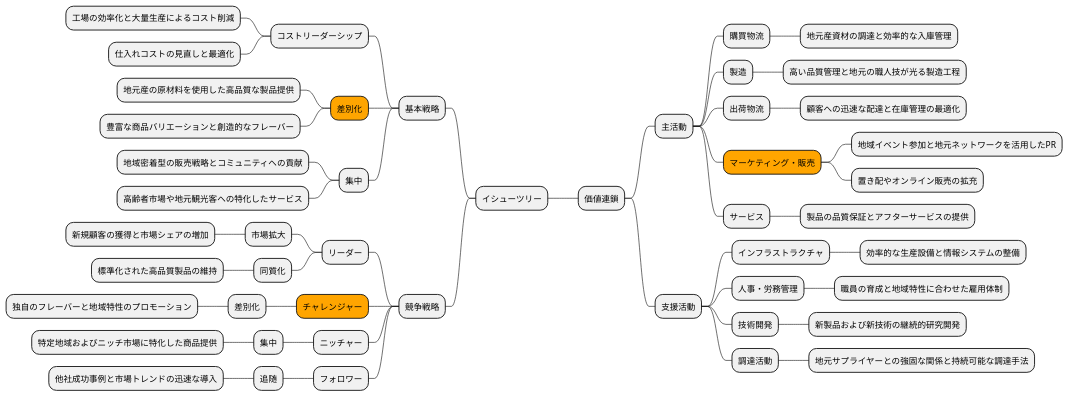
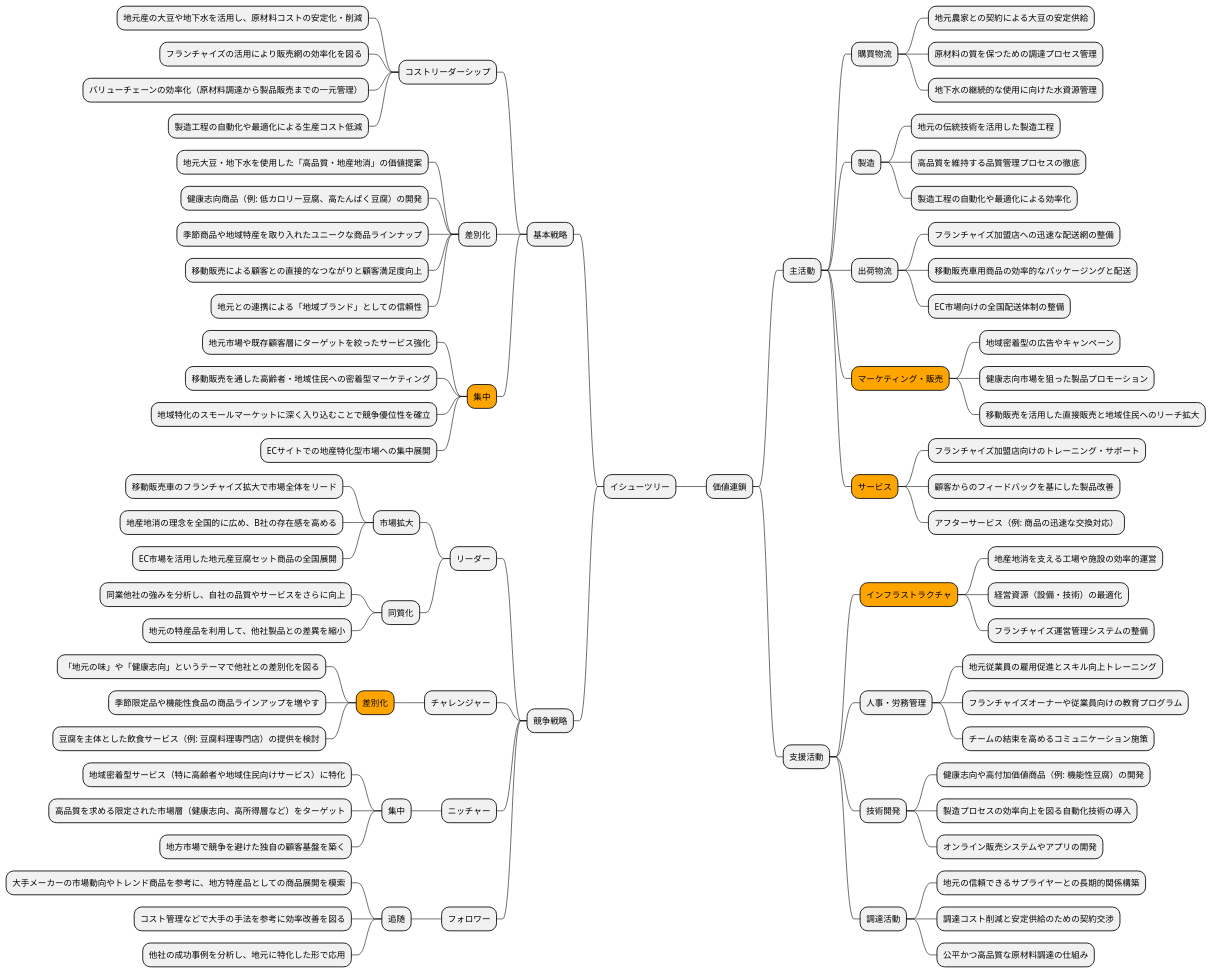
One commit to k2works/case-study-business-analysis changed diagram 11 of 19 in docs/case/r03_case_2.adoc. Above: the diagram before and after it, drawn with PlantUML. The commit also changed other lines of this file, not shown here.

```diff
--- a/docs/case/r03_case_2.adoc
+++ b/docs/case/r03_case_2.adoc
@@ -431,52 +441,85 @@
 left side
 ** 基本戦略
 *** コストリーダーシップ
-**** 工場の効率化と大量生産によるコスト削減
-**** 仕入れコストの見直しと最適化
-***[#orange] 差別化
-**** 地元産の原材料を使用した高品質な製品提供
-**** 豊富な商品バリエーションと創造的なフレーバー
-*** 集中
-**** 地域密着型の販売戦略とコミュニティへの貢献
-**** 高齢者市場や地元観光客への特化したサービス
+**** 地元産の大豆や地下水を活用し、原材料コストの安定化・削減
+**** フランチャイズの活用により販売網の効率化を図る
+**** バリューチェーンの効率化（原材料調達から製品販売までの一元管理）
+**** 製造工程の自動化や最適化による生産コスト低減
+*** 差別化
+**** 地元大豆・地下水を使用した「高品質・地産地消」の価値提案
+**** 健康志向商品（例: 低カロリー豆腐、高たんぱく豆腐）の開発
+**** 季節商品や地域特産を取り入れたユニークな商品ラインナップ
+**** 移動販売による顧客との直接的なつながりと顧客満足度向上
+**** 地元との連携による「地域ブランド」としての信頼性
+***[#orange] 集中
+**** 地元市場や既存顧客層にターゲットを絞ったサービス強化
+**** 移動販売を通した高齢者・地域住民への密着型マーケティング
+**** 地域特化のスモールマーケットに深く入り込むことで競争優位性を確立
+**** ECサイトでの地産特化型市場への集中展開
 ** 競争戦略
 *** リーダー
 **** 市場拡大
-***** 新規顧客の獲得と市場シェアの増加
+***** 移動販売車のフランチャイズ拡大で市場全体をリード
+***** 地産地消の理念を全国的に広め、B社の存在感を高める
+***** EC市場を活用した地元産豆腐セット商品の全国展開
 **** 同質化
-***** 標準化された高品質製品の維持
-***[#orange] チャレンジャー
-**** 差別化
-***** 独自のフレーバーと地域特性のプロモーション
+***** 同業他社の強みを分析し、自社の品質やサービスをさらに向上
+***** 地元の特産品を利用して、他社製品との差異を縮小
+*** チャレンジャー
+****[#orange] 差別化
+***** 「地元の味」や「健康志向」というテーマで他社との差別化を図る
+***** 季節限定品や機能性食品の商品ラインアップを増やす
+***** 豆腐を主体とした飲食サービス（例: 豆腐料理専門店）の提供を検討
 *** ニッチャー
 **** 集中
-***** 特定地域およびニッチ市場に特化した商品提供
+***** 地域密着型サービス（特に高齢者や地域住民向けサービス）に特化
+***** 高品質を求める限定された市場層（健康志向、高所得層など）をターゲット
+***** 地方市場で競争を避けた独自の顧客基盤を築く
 *** フォロワー
 **** 追随
-***** 他社成功事例と市場トレンドの迅速な導入
+***** 大手メーカーの市場動向やトレンド商品を参考に、地方特産品としての商品展開を模索
+***** コスト管理などで大手の手法を参考に効率改善を図る
+***** 他社の成功事例を分析し、地元に特化した形で応用
 right side
 ** 価値連鎖
 *** 主活動
 **** 購買物流
-***** 地元産資材の調達と効率的な入庫管理
+***** 地元農家との契約による大豆の安定供給
+***** 原材料の質を保つための調達プロセス管理
+***** 地下水の継続的な使用に向けた水資源管理
 **** 製造
-***** 高い品質管理と地元の職人技が光る製造工程
+***** 地元の伝統技術を活用した製造工程
+***** 高品質を維持する品質管理プロセスの徹底
+***** 製造工程の自動化や最適化による効率化
 **** 出荷物流
-***** 顧客への迅速な配達と在庫管理の最適化
+***** フランチャイズ加盟店への迅速な配送網の整備
+***** 移動販売車用商品の効率的なパッケージングと配送
+***** EC市場向けの全国配送体制の整備
 ****[#orange] マーケティング・販売
-***** 地域イベント参加と地元ネットワークを活用したPR
-***** 置き配やオンライン販売の拡充
-**** サービス
-***** 製品の品質保証とアフターサービスの提供
+***** 地域密着型の広告やキャンペーン
+***** 健康志向市場を狙った製品プロモーション
+***** 移動販売を活用した直接販売と地域住民へのリーチ拡大
+****[#orange] サービス
+***** フランチャイズ加盟店向けのトレーニング・サポート
+***** 顧客からのフィードバックを基にした製品改善
+***** アフターサービス（例: 商品の迅速な交換対応）
 *** 支援活動
-**** インフラストラクチャ
-***** 効率的な生産設備と情報システムの整備
+****[#orange] インフラストラクチャ
+***** 地産地消を支える工場や施設の効率的運営
+***** 経営資源（設備・技術）の最適化
+***** フランチャイズ運営管理システムの整備
 **** 人事・労務管理
-***** 職員の育成と地域特性に合わせた雇用体制
+***** 地元従業員の雇用促進とスキル向上トレーニング
+***** フランチャイズオーナーや従業員向けの教育プログラム
+***** チームの結束を高めるコミュニケーション施策
 **** 技術開発
-***** 新製品および新技術の継続的研究開発
+***** 健康志向や高付加価値商品（例: 機能性豆腐）の開発
+***** 製造プロセスの効率向上を図る自動化技術の導入
+***** オンライン販売システムやアプリの開発
 **** 調達活動
-***** 地元サプライヤーとの強固な関係と持続可能な調達手法
+***** 地元の信頼できるサプライヤーとの長期的関係構築
+***** 調達コスト削減と安定供給のための契約交渉
+***** 公平かつ高品質な原材料調達の仕組み
 
 @endmindmap
 ----
```
